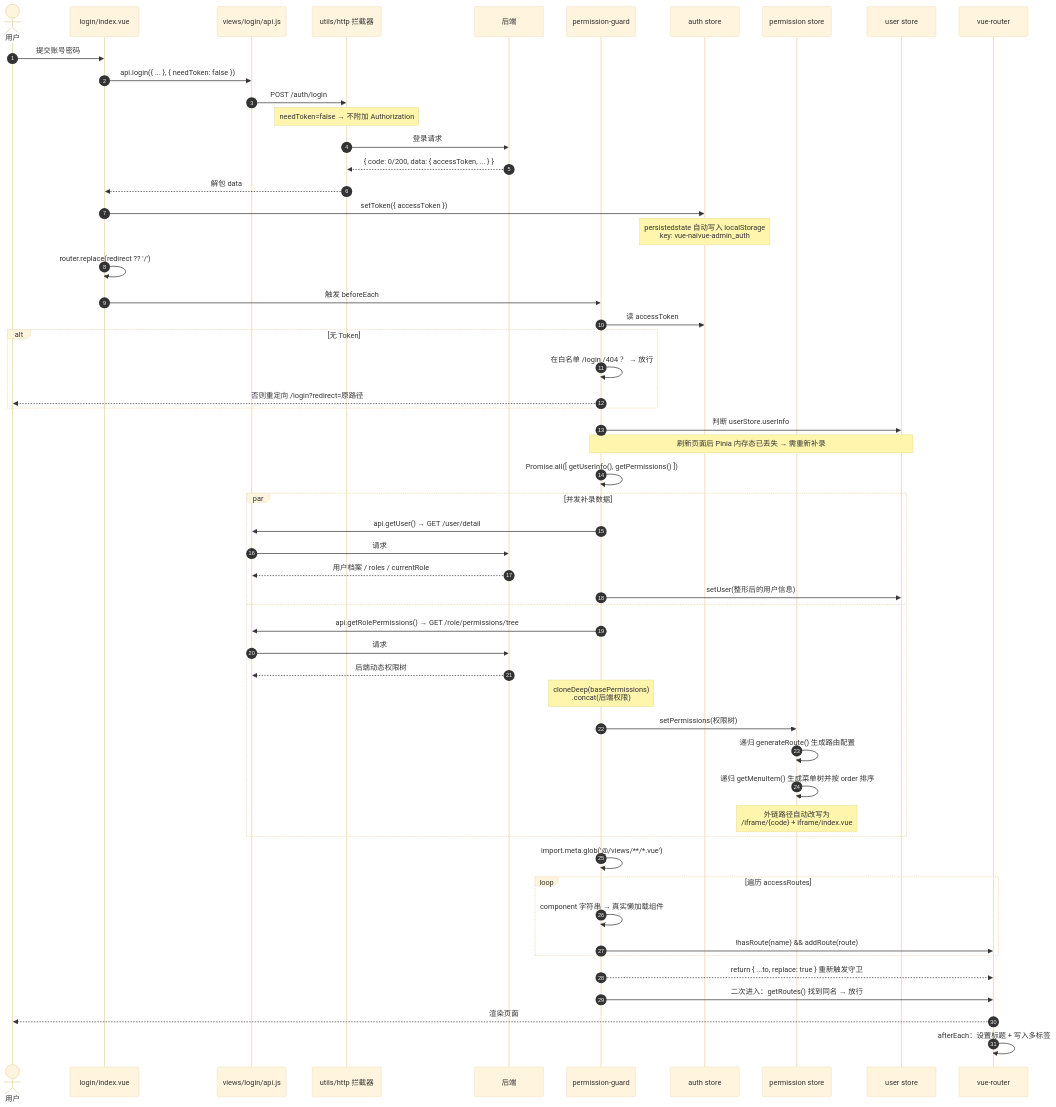
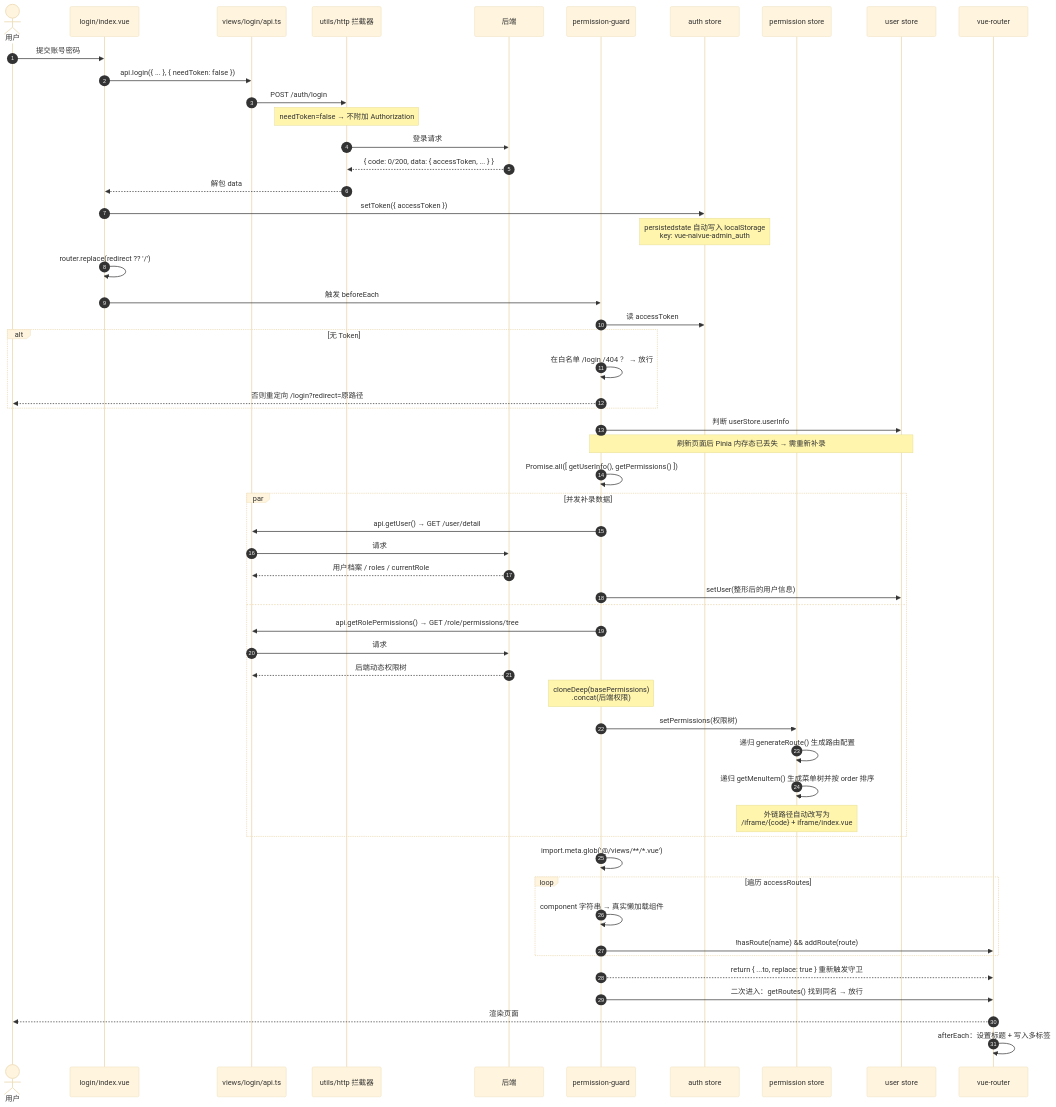
Before and after one commit to JiaxiLiang/vue-naive-admin: the fourth of 13 diagrams in docs/arch-overview.md, drawn with Mermaid (base theme). The commit also changed other lines of this file and 93 other files, not shown here.

````diff
--- a/docs/arch-overview.md
+++ b/docs/arch-overview.md
@@ -306,63 +306,63 @@
 ```mermaid
 sequenceDiagram
     autonumber
     actor U as 用户
     participant L as login/index.vue
-    participant API as views/login/api.js
+    participant API as views/login/api.ts
     participant H as utils/http 拦截器
     participant BE as 后端
     participant GUARD as permission-guard
     participant AS as auth store
     participant PS as permission store
     participant US as user store
     participant R as vue-router
 
     U->>L: 提交账号密码
     L->>API: api.login({ ... }, { needToken: false })
     API->>H: POST /auth/login
     Note over H: needToken=false → 不附加 Authorization
     H->>BE: 登录请求
     BE-->>H: { code: 0/200, data: { accessToken, ... } }
     H-->>L: 解包 data
     L->>AS: setToken({ accessToken })
     Note over AS: persistedstate 自动写入 localStorage<br/>key: vue-naivue-admin_auth
     L->>L: router.replace(redirect ?? '/')
     L->>GUARD: 触发 beforeEach
 
     GUARD->>AS: 读 accessToken
     alt 无 Token
         GUARD->>GUARD: 在白名单 /login /404 ？ → 放行
         GUARD-->>U: 否则重定向 /login?redirect=原路径
     end
 
     GUARD->>US: 判断 userStore.userInfo
     Note over GUARD,US: 刷新页面后 Pinia 内存态已丢失 → 需重新补录
     GUARD->>GUARD: Promise.all([ getUserInfo(), getPermissions() ])
 
     par 并发补录数据
         GUARD->>API: api.getUser() → GET /user/detail
         API->>BE: 请求
         BE-->>API: 用户档案 / roles / currentRole
         GUARD->>US: setUser(整形后的用户信息)
     and
         GUARD->>API: api.getRolePermissions() → GET /role/permissions/tree
         API->>BE: 请求
         BE-->>API: 后端动态权限树
         Note over GUARD: cloneDeep(basePermissions)<br/>.concat(后端权限)
         GUARD->>PS: setPermissions(权限树)
         PS->>PS: 递归 generateRoute() 生成路由配置
         PS->>PS: 递归 getMenuItem() 生成菜单树并按 order 排序
         Note over PS: 外链路径自动改写为<br/>/iframe/{code} + iframe/index.vue
     end
 
     GUARD->>GUARD: import.meta.glob('@/views/**/*.vue')
     loop 遍历 accessRoutes
         GUARD->>GUARD: component 字符串 → 真实懒加载组件
         GUARD->>R: !hasRoute(name) && addRoute(route)
     end
     GUARD-->>R: return { ...to, replace: true } 重新触发守卫
 
     GUARD->>R: 二次进入：getRoutes() 找到同名 → 放行
     R-->>U: 渲染页面
     R->>R: afterEach：设置标题 + 写入多标签
 ```
````
